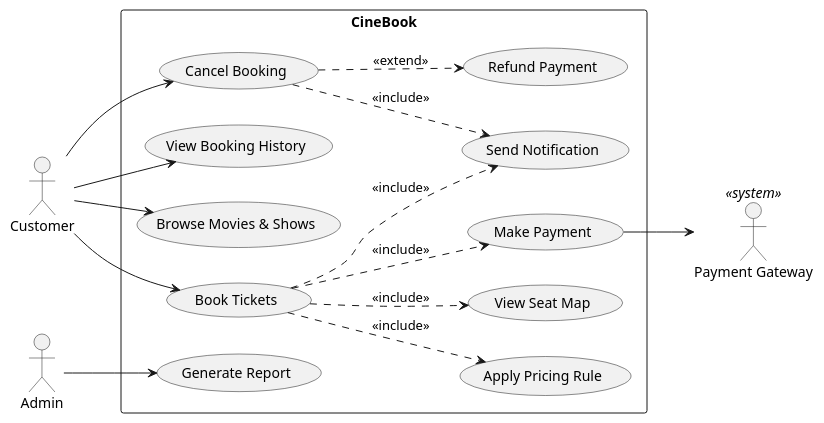
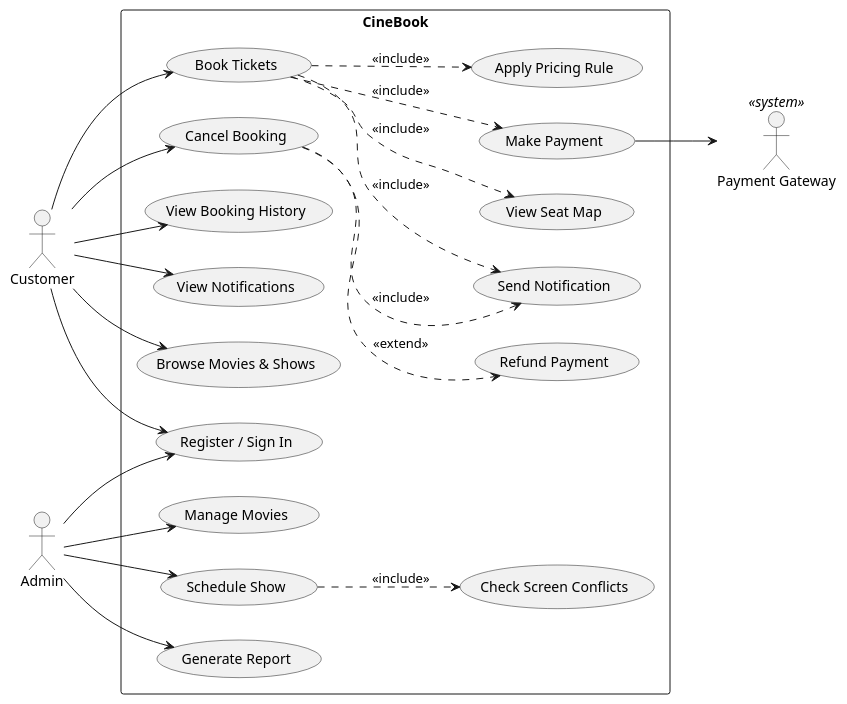
One commit to meerakumar-1/cinebook-ooad changed the diagram in cinebook/cinebook/docs/uml/01_usecase.puml. Above: the diagram before and after it, drawn with PlantUML. The commit also changed 52 other files, not shown here.

```diff
--- a/cinebook/cinebook/docs/uml/01_usecase.puml
+++ b/cinebook/cinebook/docs/uml/01_usecase.puml
@@ -1,30 +1,41 @@
 @startuml usecase
 left to right direction
 actor Customer
 actor Admin
 actor "Payment Gateway" as PG <<system>>
 rectangle CineBook {
+  usecase "Register / Sign In" as UC0
   usecase "Browse Movies & Shows" as UC1
   usecase "View Seat Map" as UC2
   usecase "Book Tickets" as UC3
   usecase "Make Payment" as UC4
   usecase "Apply Pricing Rule" as UC5
   usecase "Cancel Booking" as UC6
   usecase "Refund Payment" as UC7
   usecase "View Booking History" as UC8
   usecase "Generate Report" as UC9
   usecase "Send Notification" as UC10
+  usecase "View Notifications" as UC11
+  usecase "Manage Movies" as UC12
+  usecase "Schedule Show" as UC13
+  usecase "Check Screen Conflicts" as UC14
 }
+Customer --> UC0
+Admin --> UC0
 Customer --> UC1
 Customer --> UC3
 Customer --> UC6
 Customer --> UC8
+Customer --> UC11
 Admin --> UC9
+Admin --> UC12
+Admin --> UC13
 UC3 ..> UC2 : <<include>>
 UC3 ..> UC4 : <<include>>
 UC3 ..> UC5 : <<include>>
-UC6 ..> UC7 : <<extend>>
 UC3 ..> UC10 : <<include>>
 UC6 ..> UC10 : <<include>>
+UC6 ..> UC7 : <<extend>>
+UC13 ..> UC14 : <<include>>
 UC4 --> PG
 @enduml
```
